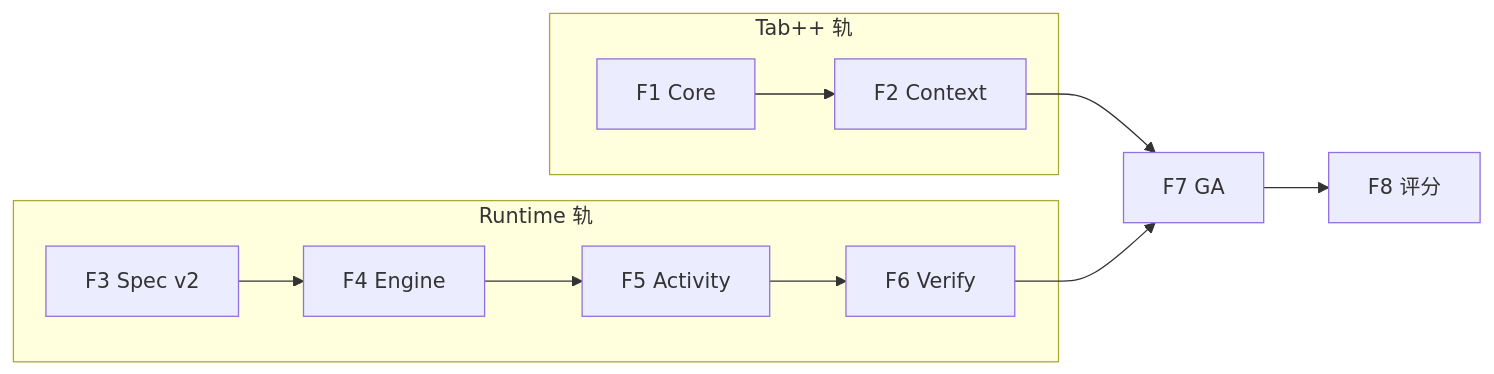
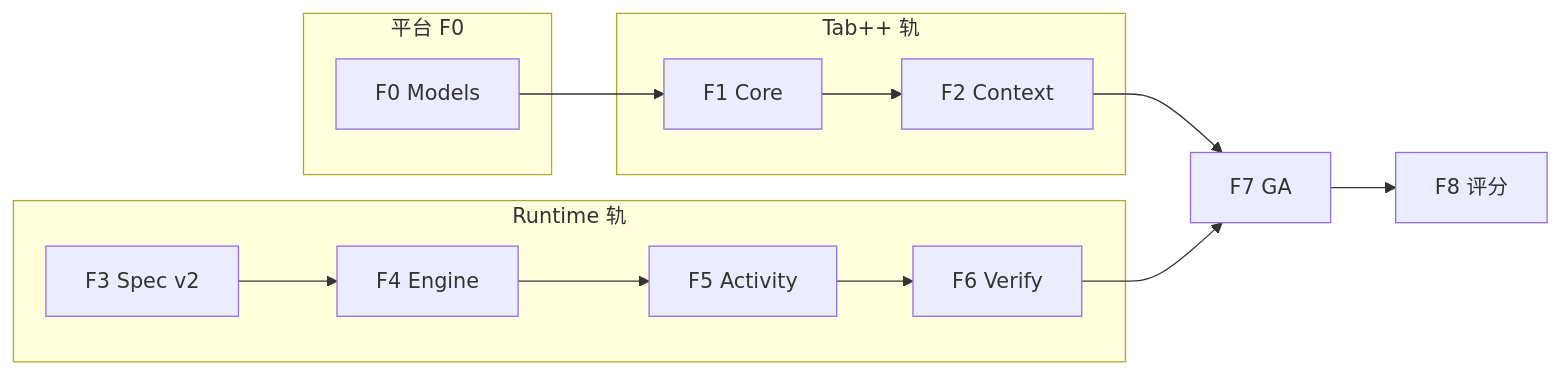
Before and after one commit to FengYue427/ai-ide: the diagram in docs/ROADMAP_V1.5.md, drawn with Mermaid. The commit also changed other lines of this file and 89 other files, not shown here.

First line of the commit message:
release: v1.5.0 — platform models, Tab++, AIDE Runtime, Activity Line

````diff
--- a/docs/ROADMAP_V1.5.md
+++ b/docs/ROADMAP_V1.5.md
@@ -49,19 +51,23 @@
 ```mermaid
 flowchart LR
+  subgraph platform [平台 F0]
+    F0[F0 Models]
+  end
   subgraph tab [Tab++ 轨]
     F1[F1 Core]
     F2[F2 Context]
   end
   subgraph runtime [Runtime 轨]
     F3[F3 Spec v2]
     F4[F4 Engine]
     F5[F5 Activity]
     F6[F6 Verify]
   end
   F7[F7 GA]
   F8[F8 评分]
+  F0 --> F1
   F1 --> F2
   F3 --> F4 --> F5 --> F6
   F2 --> F7
   F6 --> F7 --> F8
 ```
````
